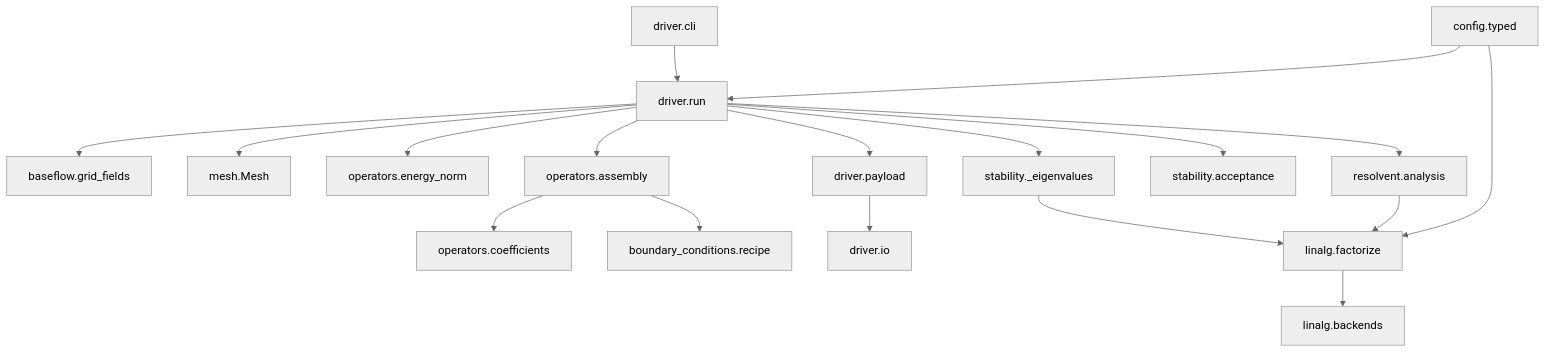
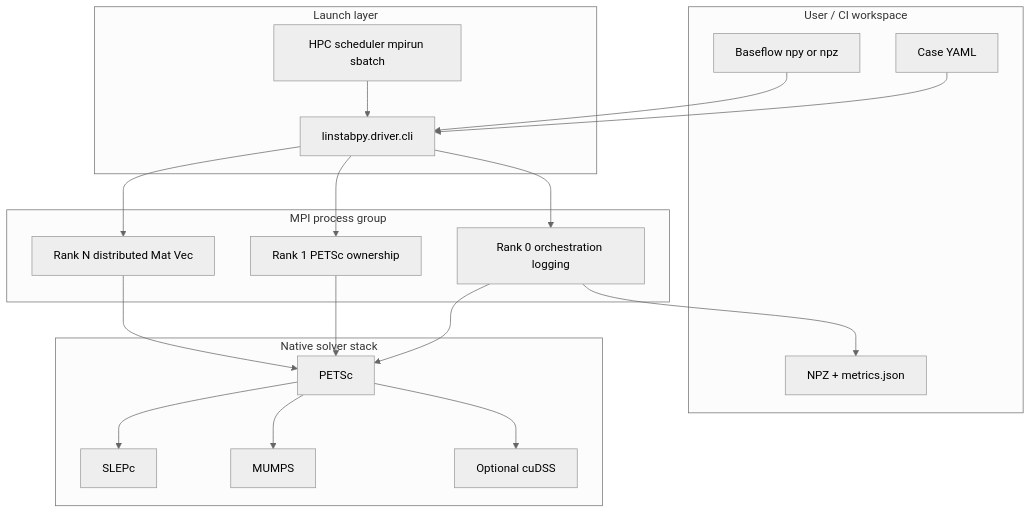
Diagram 13 of 13 in wiki/2.Architecture.md (openfluids/linstabpy), drawn with Mermaid (neutral theme) before and after one commit. The commit also changed other lines of this file and 30 other files, not shown here.

````diff
--- a/wiki/2.Architecture.md
+++ b/wiki/2.Architecture.md
@@ -20,20 +915,40 @@
 ```mermaid
 flowchart TB
-  CLI["driver.cli"] --> Run["driver.run"]
-  Run --> Fields["baseflow.grid_fields"]
-  Run --> Mesh["mesh.Mesh"]
-  Run --> Chu["operators.energy_norm"]
-  Run --> Asm["operators.assembly"]
-  Asm --> Coeff["operators.coefficients"]
-  Asm --> Recipe["boundary_conditions.recipe"]
-  Run --> Stab["stability._eigenvalues"]
-  Run --> Res["resolvent.analysis"]
-  Run --> Accept["stability.acceptance"]
-  Run --> Payload["driver.payload"]
-  Payload --> IO["driver.io"]
-  Stab --> Factor["linalg.factorize"]
-  Res --> Factor
-  Factor --> Backends["linalg.backends"]
-  Cfg["config.typed"] --> Run
-  Cfg --> Factor
+  subgraph UserSpace["User / CI workspace"]
+    YAML["Case YAML"]
+    DATA["Baseflow npy or npz"]
+    OUT["NPZ + metrics.json"]
+  end
+
+  subgraph Launch["Launch layer"]
+    SCHED["HPC scheduler mpirun sbatch"]
+    CLI["linstabpy.driver.cli"]
+  end
+
+  subgraph Ranks["MPI process group"]
+    R0["Rank 0 orchestration logging"]
+    R1["Rank 1 PETSc ownership"]
+    Rn["Rank N distributed Mat Vec"]
+  end
+
+  subgraph Native["Native solver stack"]
+    PETSc["PETSc"]
+    SLEPc["SLEPc"]
+    MUMPS["MUMPS"]
+    GPU["Optional cuDSS"]
+  end
+
+  YAML --> CLI
+  DATA --> CLI
+  SCHED --> CLI
+  CLI --> R0
+  CLI --> R1
+  CLI --> Rn
+  R0 --> PETSc
+  R1 --> PETSc
+  Rn --> PETSc
+  PETSc --> MUMPS
+  PETSc --> GPU
+  PETSc --> SLEPc
+  R0 --> OUT
 ```
````
